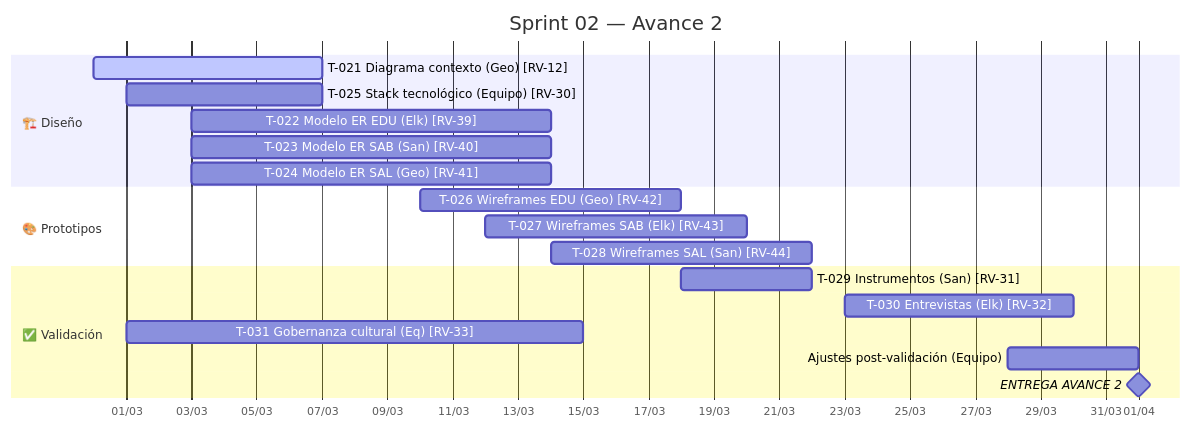
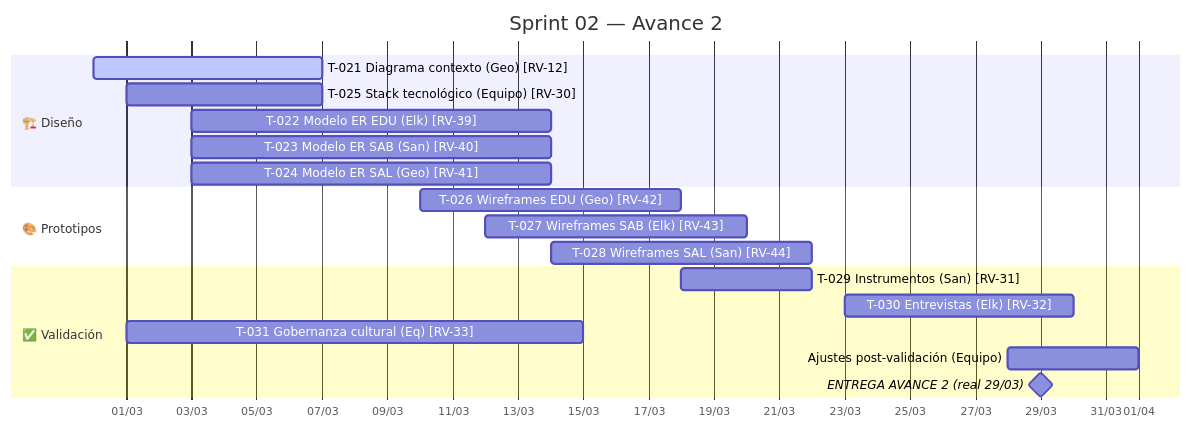
The first of 2 diagrams in 05-Sprints/Sprint-02/Sprint-02-Planning.md (yonrasgg/RAICES_VIVAS), drawn with Mermaid before and after one commit. The commit also changed other lines of this file and 68 other files, not shown here.

````diff
--- a/05-Sprints/Sprint-02/Sprint-02-Planning.md
+++ b/05-Sprints/Sprint-02/Sprint-02-Planning.md
@@ -40,26 +40,26 @@
 ```mermaid
 gantt
     title Sprint 02 — Avance 2
     dateFormat YYYY-MM-DD
     axisFormat %d/%m
     todayMarker stroke-width:3px,stroke:#f66,opacity:0.8
 
     section 🏗️ Diseño
     T-021 Diagrama contexto (Geo) [RV-12]  :active, t21, 2026-02-28, 2026-03-07
     T-025 Stack tecnológico (Equipo) [RV-30]:        t25, 2026-03-01, 2026-03-07
     T-022 Modelo ER EDU (Elk) [RV-39]      :        t22, 2026-03-03, 2026-03-14
     T-023 Modelo ER SAB (San) [RV-40]      :        t23, 2026-03-03, 2026-03-14
     T-024 Modelo ER SAL (Geo) [RV-41]      :        t24, 2026-03-03, 2026-03-14
 
     section 🎨 Prototipos
     T-026 Wireframes EDU (Geo) [RV-42]     :        t26, 2026-03-10, 2026-03-18
     T-027 Wireframes SAB (Elk) [RV-43]     :        t27, 2026-03-12, 2026-03-20
     T-028 Wireframes SAL (San) [RV-44]     :        t28, 2026-03-14, 2026-03-22
 
     section ✅ Validación
     T-029 Instrumentos (San) [RV-31]       :        t29, 2026-03-18, 2026-03-22
     T-030 Entrevistas (Elk) [RV-32]        :        t30, 2026-03-23, 2026-03-30
     T-031 Gobernanza cultural (Eq) [RV-33] :        t31, 2026-03-01, 2026-03-15
     Ajustes post-validación (Equipo)   :        v3, 2026-03-28, 2026-04-01
-    ENTREGA AVANCE 2                   :milestone, m2, 2026-04-01, 0d
+    ENTREGA AVANCE 2 (real 29/03)  :milestone, m2, 2026-03-29, 0d
 ```
````
